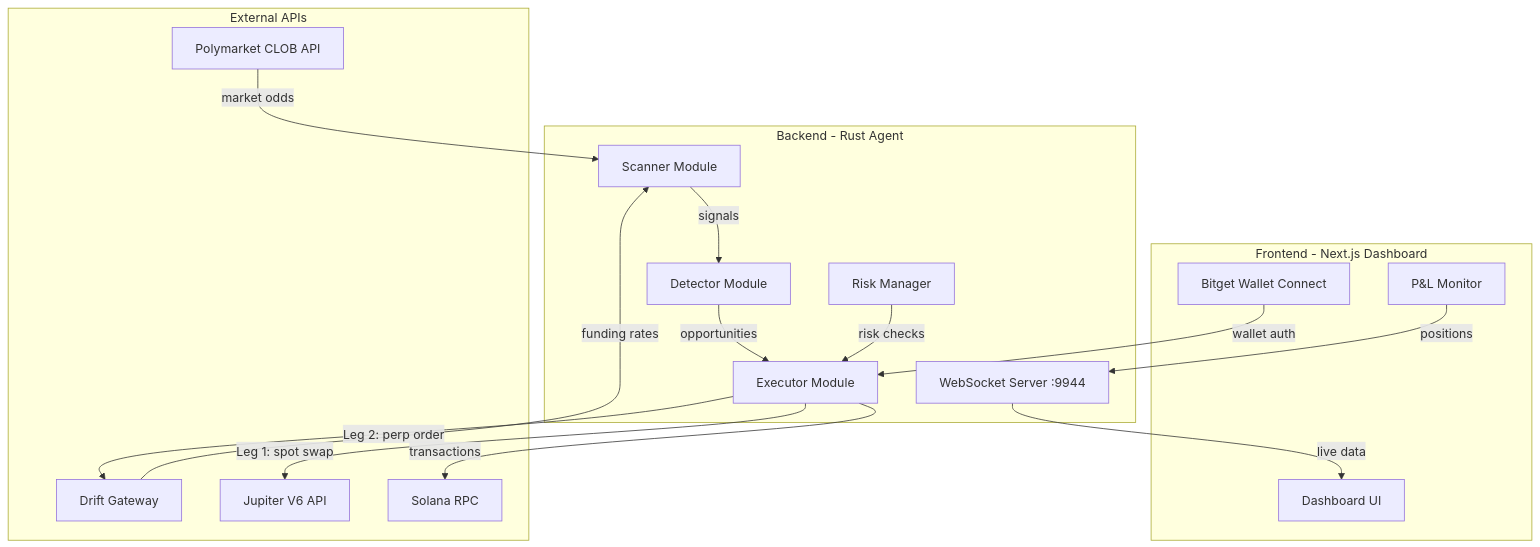
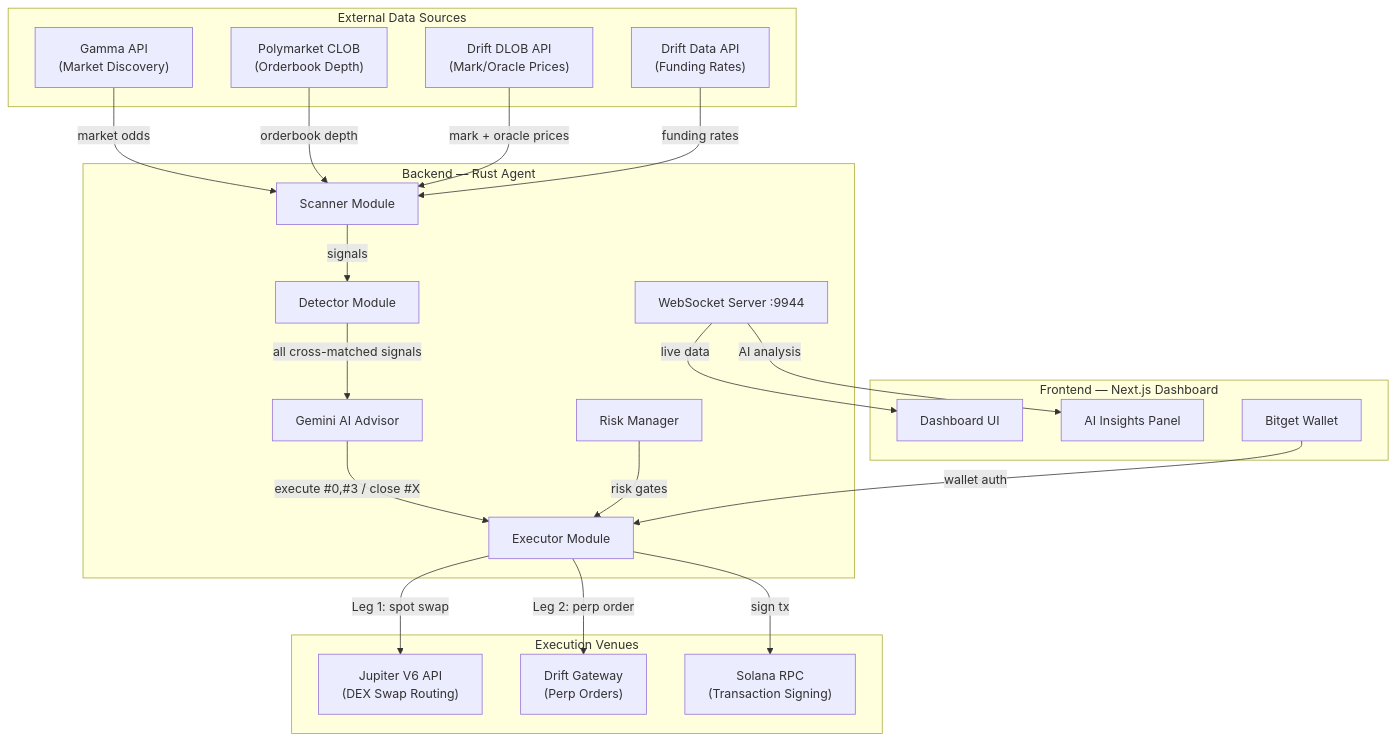
One commit to yeheskieltame/solarb-agent changed the third of 6 diagrams in README.md. Above: the diagram before and after it, drawn with Mermaid. The commit also changed other lines of this file and 20 other files, not shown here.

Commit message:
feat: Add setup guide, integrate AI insights, and enhance agent core logic with new scanners and executors.

````diff
--- a/README.md
+++ b/README.md
@@ -72,35 +157,47 @@
 ```mermaid
 graph TB
-    subgraph External APIs
-        PM[Polymarket CLOB API]
-        DR[Drift Gateway]
-        JUP[Jupiter V6 API]
-        SOL[Solana RPC]
+    subgraph External Data Sources
+        GM["Gamma API<br/>(Market Discovery)"]
+        CLOB["Polymarket CLOB<br/>(Orderbook Depth)"]
+        DLOB["Drift DLOB API<br/>(Mark/Oracle Prices)"]
+        DATA["Drift Data API<br/>(Funding Rates)"]
     end
 
-    subgraph Backend - Rust Agent
-        SC[Scanner Module]
-        DT[Detector Module]
-        EX[Executor Module]
-        RM[Risk Manager]
-        WS[WebSocket Server :9944]
+    subgraph Execution Venues
+        JUP["Jupiter V6 API<br/>(DEX Swap Routing)"]
+        DGW["Drift Gateway<br/>(Perp Orders)"]
+        SOL["Solana RPC<br/>(Transaction Signing)"]
     end
 
-    subgraph Frontend - Next.js Dashboard
-        UI[Dashboard UI]
-        BW[Bitget Wallet Connect]
-        PL[P&L Monitor]
+    subgraph "Backend — Rust Agent"
+        SC["Scanner Module"]
+        DT["Detector Module"]
+        AI["Gemini AI Advisor"]
+        EX["Executor Module"]
+        RM["Risk Manager"]
+        WS["WebSocket Server :9944"]
     end
 
-    PM -->|market odds| SC
-    DR -->|funding rates| SC
+    subgraph "Frontend — Next.js Dashboard"
+        UI["Dashboard UI"]
+        AIP["AI Insights Panel"]
+        BW["Bitget Wallet"]
+    end
+
+    GM -->|market odds| SC
+    CLOB -->|orderbook depth| SC
+    DLOB -->|mark + oracle prices| SC
+    DATA -->|funding rates| SC
+
     SC -->|signals| DT
-    DT -->|opportunities| EX
+    DT -->|all cross-matched signals| AI
+    AI -->|execute #0,#3 / close #X| EX
+    RM -->|risk gates| EX
     EX -->|Leg 1: spot swap| JUP
-    EX -->|Leg 2: perp order| DR
-    EX -->|transactions| SOL
-    RM -->|risk checks| EX
+    EX -->|Leg 2: perp order| DGW
+    EX -->|sign tx| SOL
+
     WS -->|live data| UI
+    WS -->|AI analysis| AIP
     BW -->|wallet auth| EX
-    PL -->|positions| WS
 ```
````
